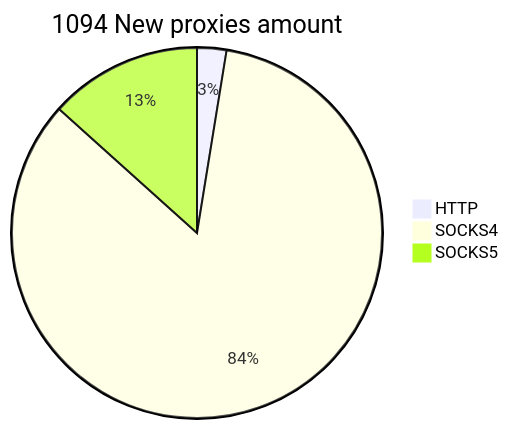
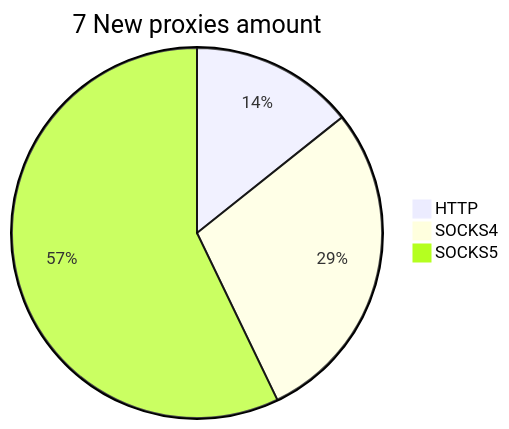
One commit to cutipu/proxylist changed the second of 2 diagrams in README.md. Above: the diagram before and after it, drawn with Mermaid. The commit also changed other lines of this file, not shown here.

````diff
--- a/README.md
+++ b/README.md
@@ -10,6 +10,6 @@
 ```mermaid
-pie title 1094 New proxies amount
-    "HTTP" : 28
-    "SOCKS4" : 920
-    "SOCKS5" : 146
+pie title 7 New proxies amount
+    "HTTP" : 1
+    "SOCKS4" : 2
+    "SOCKS5" : 4
 ```
````
